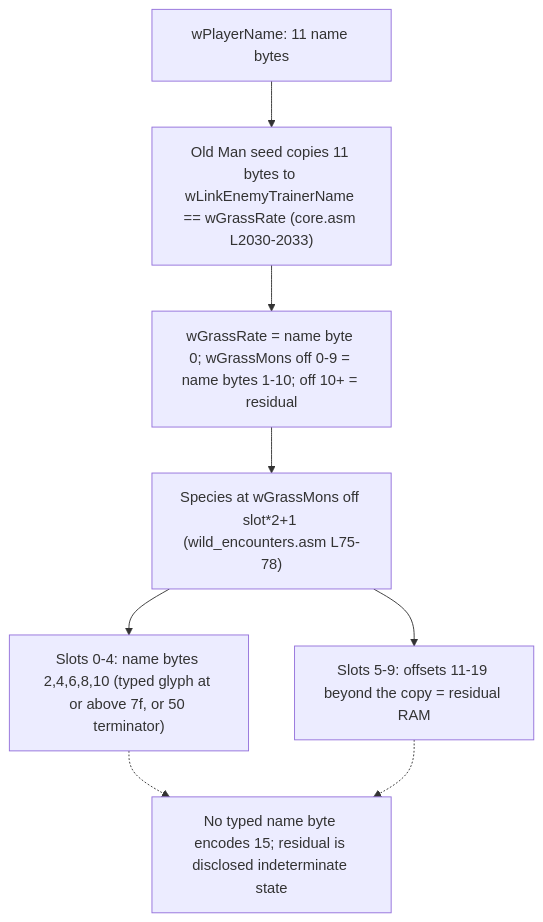
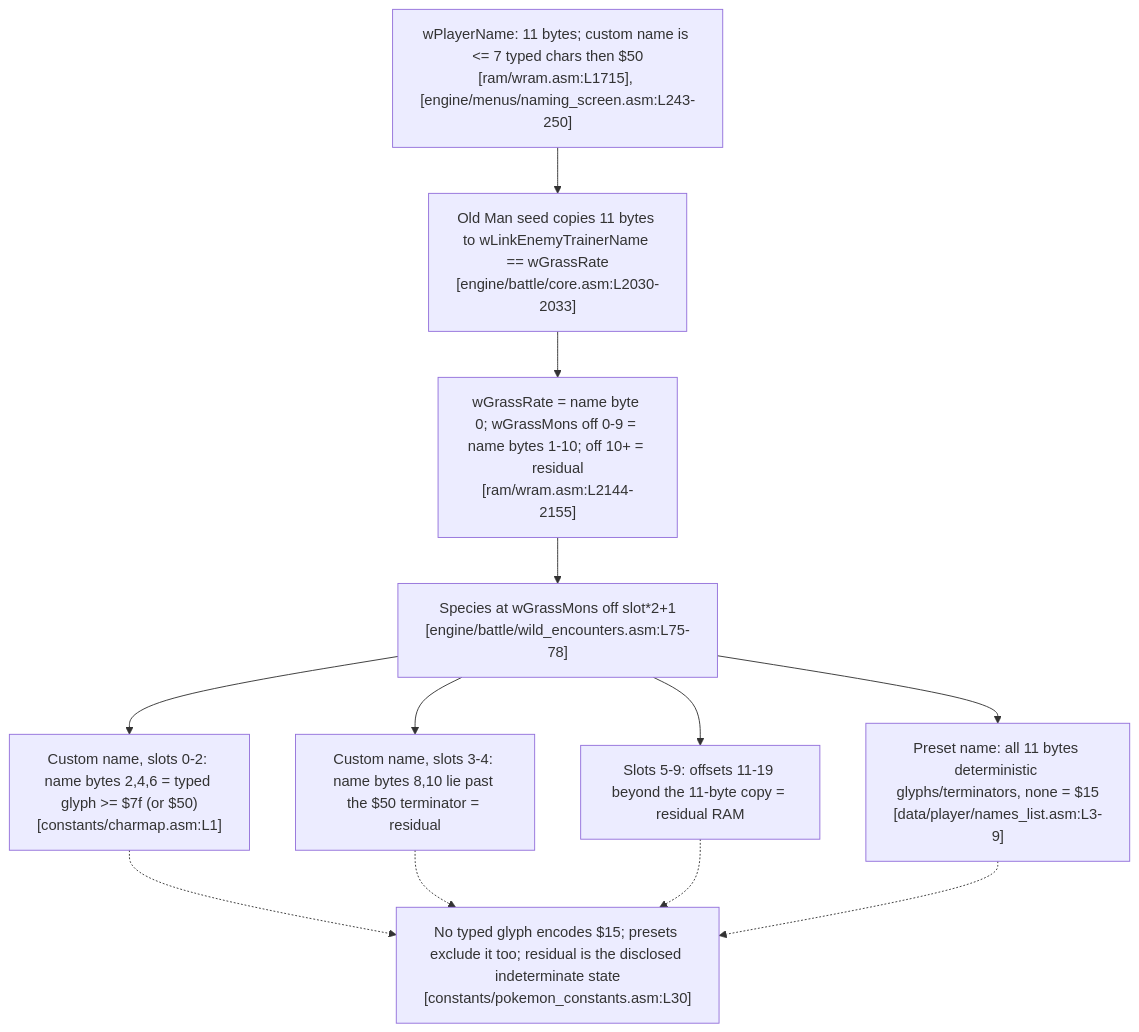
The diagram in docs/mew-acquisition/methods/mf-2-cinnabar-name-buffer.md (Blitzy-Sandbox/pokered), drawn with Mermaid before and after one commit. The commit also changed other lines of this file and 16 other files, not shown here.

````diff
--- a/docs/mew-acquisition/methods/mf-2-cinnabar-name-buffer.md
+++ b/docs/mew-acquisition/methods/mf-2-cinnabar-name-buffer.md
@@ -75,10 +76,14 @@
 ```mermaid
 flowchart TD
-    NAME["wPlayerName: 11 name bytes"] --> COPY["Old Man seed copies 11 bytes to wLinkEnemyTrainerName == wGrassRate (core.asm L2030-2033)"]
-    COPY --> BUF["wGrassRate = name byte 0; wGrassMons off 0-9 = name bytes 1-10; off 10+ = residual"]
-    BUF --> SLOTS["Species at wGrassMons off slot*2+1 (wild_encounters.asm L75-78)"]
-    SLOTS --> LOW["Slots 0-4: name bytes 2,4,6,8,10 (typed glyph at or above 7f, or 50 terminator)"]
-    SLOTS --> HIGH["Slots 5-9: offsets 11-19 beyond the copy = residual RAM"]
-    LOW -.-> BOUND["No typed name byte encodes 15; residual is disclosed indeterminate state"]
-    HIGH -.-> BOUND
+    NAME["wPlayerName: 11 bytes; custom name is <= 7 typed chars then $50<br/>[ram/wram.asm:L1715], [engine/menus/naming_screen.asm:L243-250]"] --> COPY["Old Man seed copies 11 bytes to wLinkEnemyTrainerName == wGrassRate<br/>[engine/battle/core.asm:L2030-2033]"]
+    COPY --> BUF["wGrassRate = name byte 0; wGrassMons off 0-9 = name bytes 1-10; off 10+ = residual<br/>[ram/wram.asm:L2144-2155]"]
+    BUF --> SLOTS["Species at wGrassMons off slot*2+1<br/>[engine/battle/wild_encounters.asm:L75-78]"]
+    SLOTS --> TYPED["Custom name, slots 0-2: name bytes 2,4,6 = typed glyph >= $7f (or $50)<br/>[constants/charmap.asm:L1]"]
+    SLOTS --> RES1["Custom name, slots 3-4: name bytes 8,10 lie past the $50 terminator = residual"]
+    SLOTS --> RES2["Slots 5-9: offsets 11-19 beyond the 11-byte copy = residual RAM"]
+    SLOTS --> PRE["Preset name: all 11 bytes deterministic glyphs/terminators, none = $15<br/>[data/player/names_list.asm:L3-9]"]
+    TYPED -.-> BOUND["No typed glyph encodes $15; presets exclude it too; residual is the disclosed indeterminate state<br/>[constants/pokemon_constants.asm:L30]"]
+    RES1 -.-> BOUND
+    RES2 -.-> BOUND
+    PRE -.-> BOUND
 ```
````
